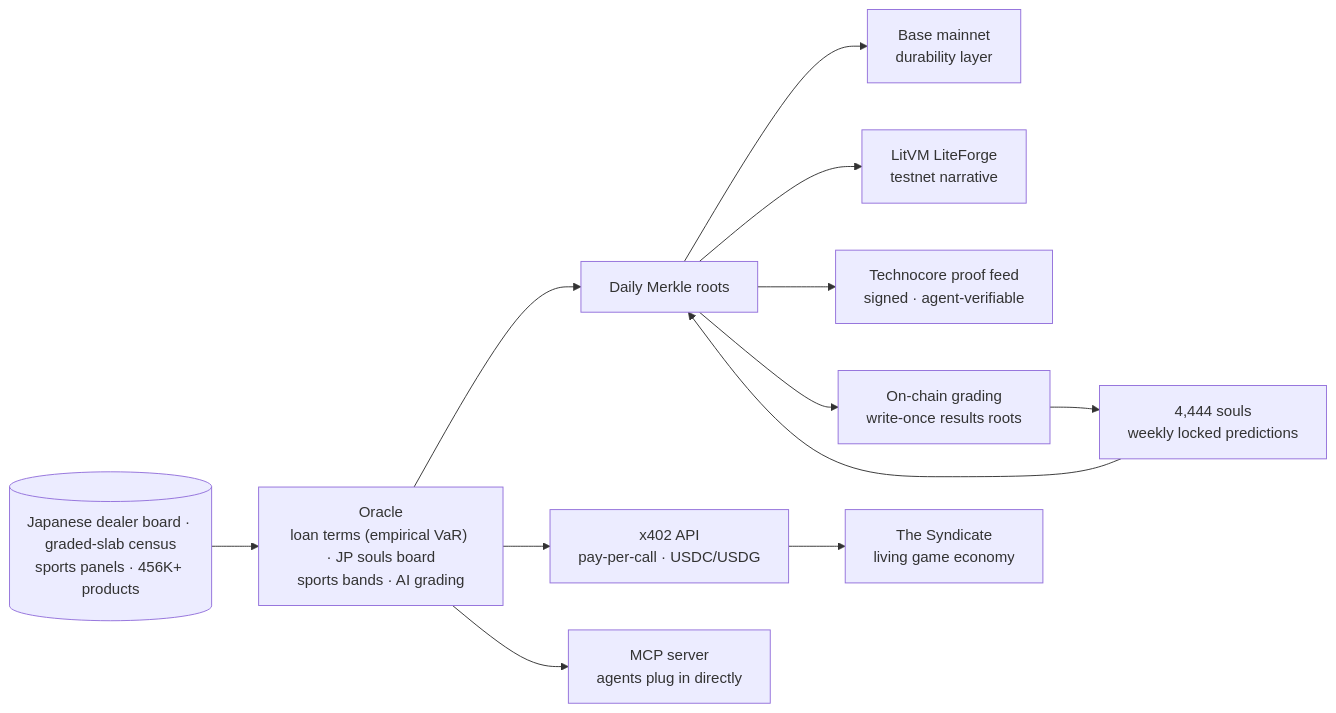
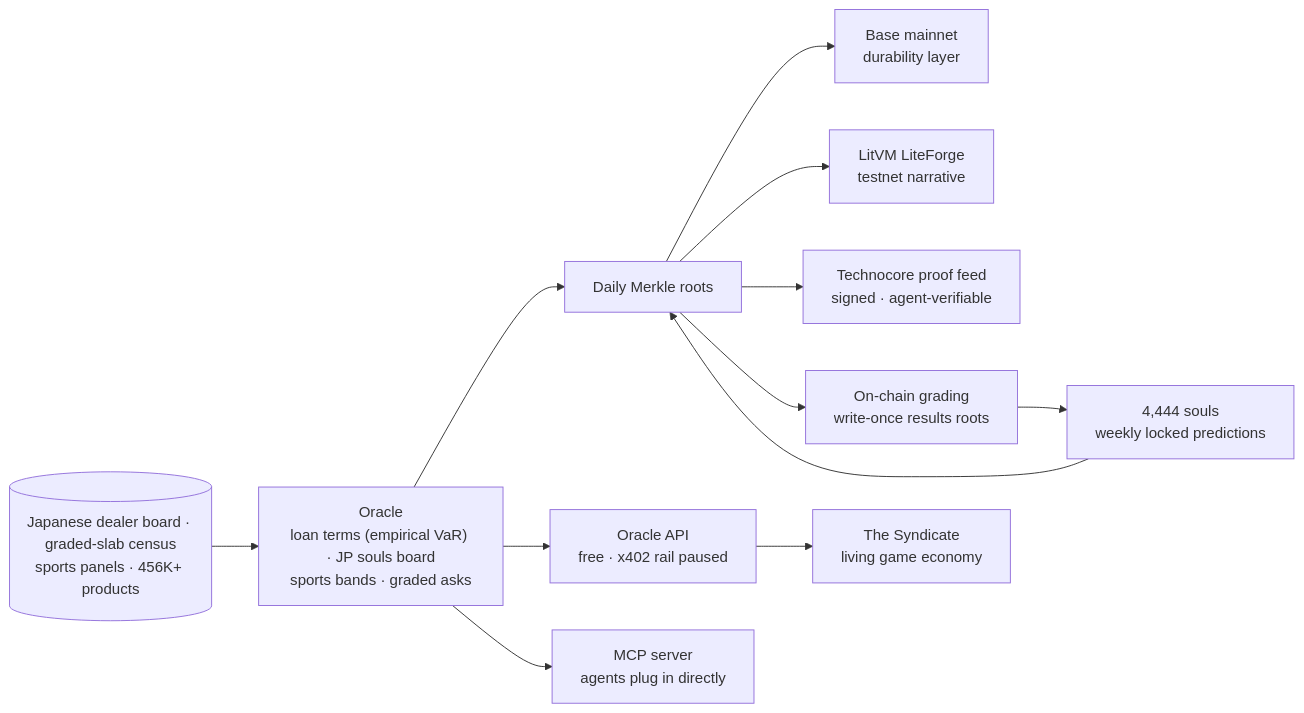
One commit to sailorpepe/sailorpepe changed the diagram in README.md. Above: the diagram before and after it, drawn with Mermaid. The commit also changed other lines of this file and 1 other file, not shown here.

First line of the commit message:
profile: pay-per-call is paused, and the MCP tool count now derives

````diff
--- a/README.md
+++ b/README.md
@@ -41,13 +41,13 @@
 ```mermaid
 flowchart LR
-    D[("Japanese dealer board · graded-slab census<br/>sports panels · 456K+ products")] --> O["Oracle<br/>loan terms (empirical VaR) · JP souls board<br/>sports bands · AI grading"]
+    D[("Japanese dealer board · graded-slab census<br/>sports panels · 456K+ products")] --> O["Oracle<br/>loan terms (empirical VaR) · JP souls board<br/>sports bands · graded asks"]
     O --> R["Daily Merkle roots"]
     R --> B["Base mainnet<br/>durability layer"]
     R --> L["LitVM LiteForge<br/>testnet narrative"]
-    O --> API["x402 API<br/>pay-per-call · USDC/USDG"]
+    O --> API["Oracle API<br/>free · x402 rail paused"]
     O --> MCP["MCP server<br/>agents plug in directly"]
     R --> TC["Technocore proof feed<br/>signed · agent-verifiable"]
     API --> GAME["The Syndicate<br/>living game economy"]
     SOULS["4,444 souls<br/>weekly locked predictions"] --> R
     R --> GRADE["On-chain grading<br/>write-once results roots"] --> SOULS
 ```
````
